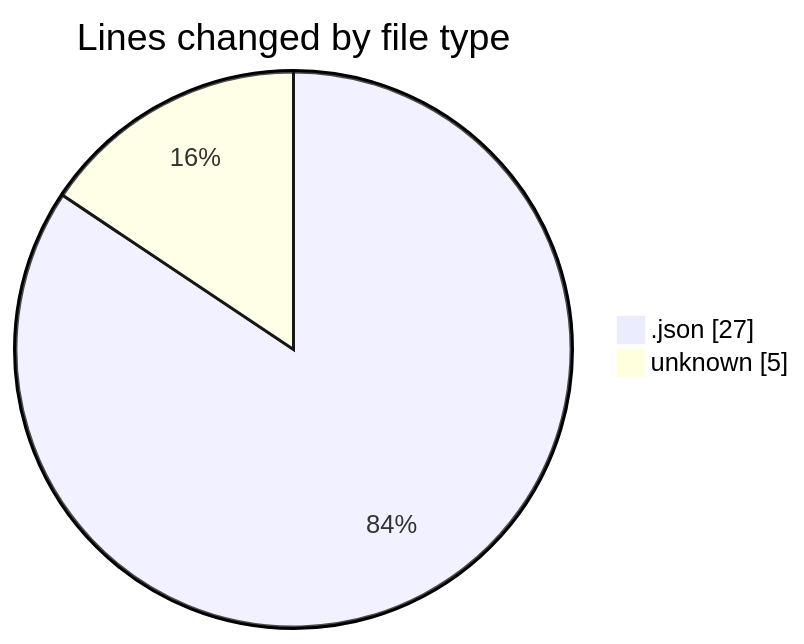
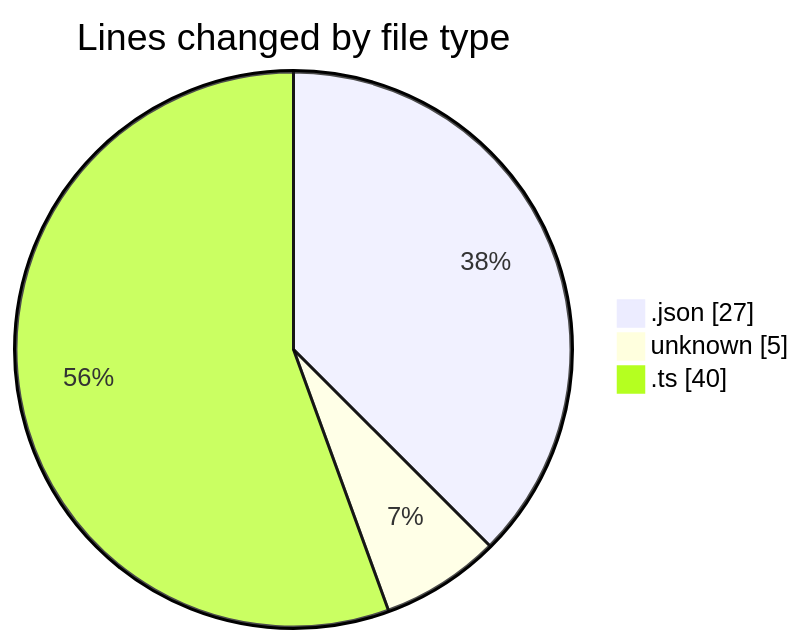
One commit to igalym/code-tracking changed the first of 2 diagrams in 2026-01-05/budget-credit_back/README.md. Above: the diagram before and after it, drawn with Mermaid. The commit also changed other lines of this file and 1 other file, not shown here.

````diff
--- a/2026-01-05/budget-credit_back/README.md
+++ b/2026-01-05/budget-credit_back/README.md
@@ -21,6 +22,7 @@
 ```mermaid
 pie showData
 title Lines changed by file type
 ".json" : 27
 "unknown" : 5
+".ts" : 40
 ```
````
